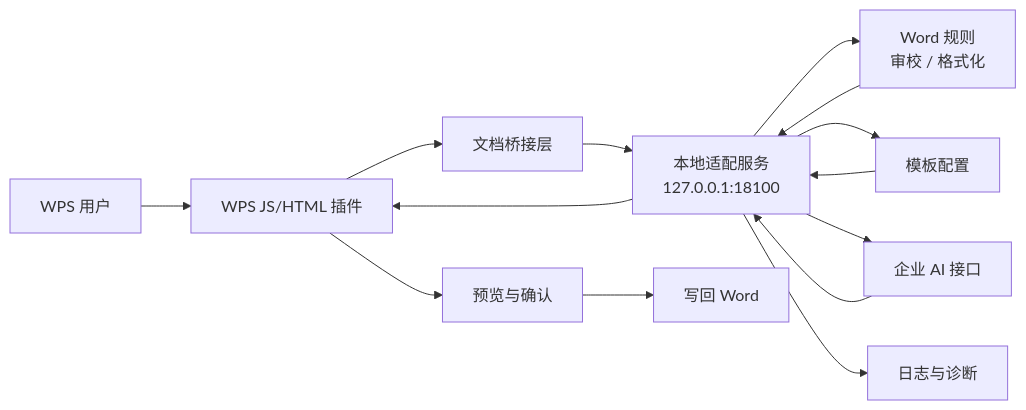
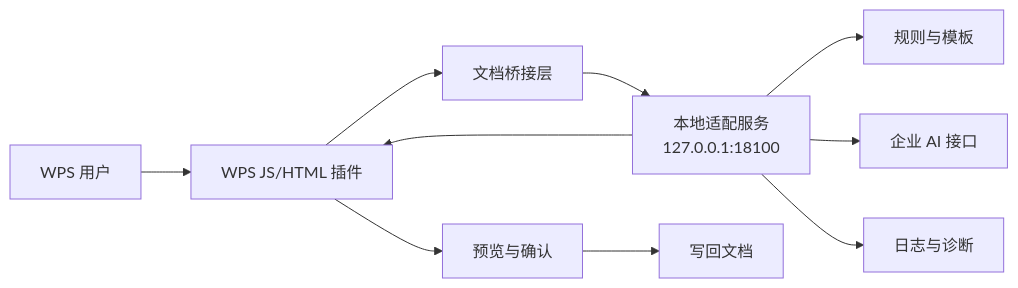
The diagram in README-ZH.md (w4yne00/AI-WPS), drawn with Mermaid before and after one commit. The commit also changed other lines of this file and 3 other files, not shown here.

````diff
--- a/README-ZH.md
+++ b/README-ZH.md
@@ -260,16 +46,12 @@
 ```mermaid
 flowchart LR
   User[WPS 用户] --> Addin[WPS JS/HTML 插件]
   Addin --> Bridge[文档桥接层]
   Bridge --> Adapter[本地适配服务<br/>127.0.0.1:18100]
-  Adapter --> Rules[Word 规则<br/>审校 / 格式化]
-  Adapter --> Templates[模板配置]
+  Adapter --> Rules[规则与模板]
   Adapter --> Provider[企业 AI 接口]
   Adapter --> Logs[日志与诊断]
-  Rules --> Adapter
-  Templates --> Adapter
-  Provider --> Adapter
   Adapter --> Addin
   Addin --> Preview[预览与确认]
-  Preview --> WPS[写回 Word]
+  Preview --> WPS[写回文档]
 ```
````
